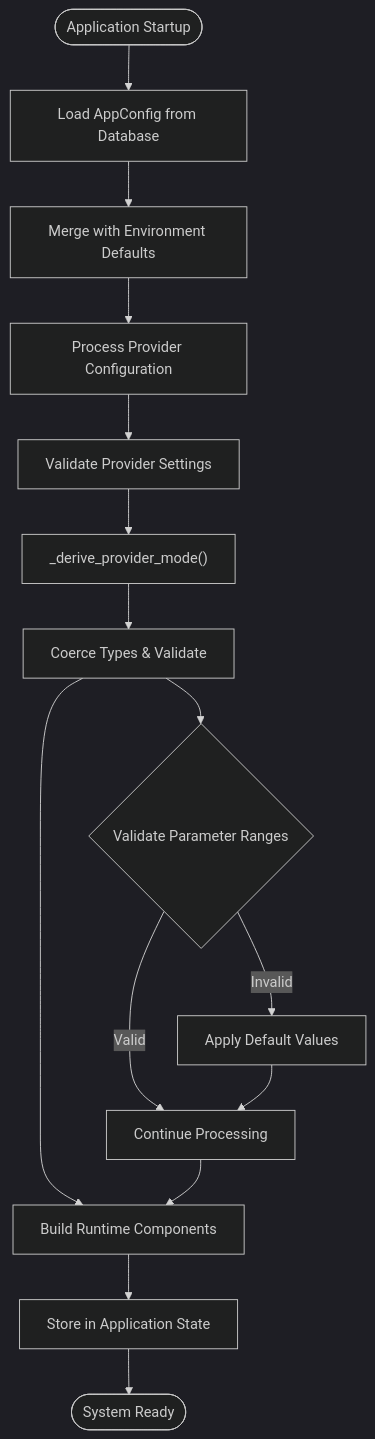
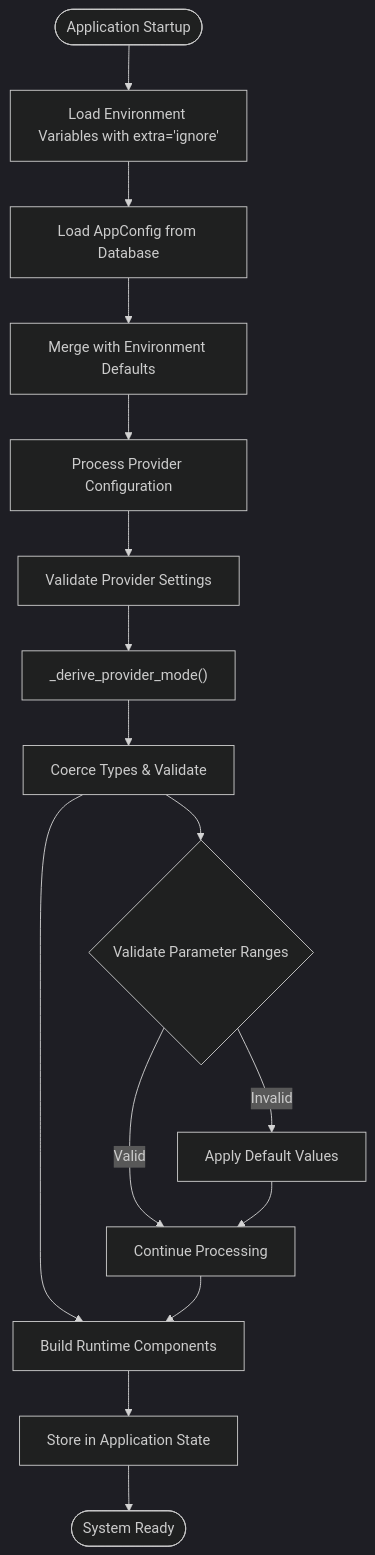
One commit to genes8/private-ai changed the fourth of 15 diagrams in .qoder/repowiki/en/content/Backend Development/Runtime Configuration System/Runtime Configuration System.md. Above: the diagram before and after it, drawn with Mermaid (dark theme). The commit also changed other lines of this file and 19 other files, not shown here.

````diff
--- a/.qoder/repowiki/en/content/Backend Development/Runtime Configuration System/Runtime Configuration System.md
+++ b/.qoder/repowiki/en/content/Backend Development/Runtime Configuration System/Runtime Configuration System.md
@@ -253,17 +270,18 @@
 ```mermaid
 flowchart TD
-Start([Application Startup]) --> LoadDB["Load AppConfig from Database"]
+Start([Application Startup]) --> LoadEnv["Load Environment Variables with extra='ignore'"]
+LoadEnv --> LoadDB["Load AppConfig from Database"]
 LoadDB --> MergeDefaults["Merge with Environment Defaults"]
 MergeDefaults --> ProcessProviders["Process Provider Configuration"]
 ProcessProviders --> ValidateProvider["Validate Provider Settings"]
 ValidateProvider --> DeriveMode["_derive_provider_mode()"]
 DeriveMode --> CoerceTypes["Coerce Types & Validate"]
 CoerceTypes --> BuildComponents["Build Runtime Components"]
 BuildComponents --> StoreState["Store in Application State"]
 StoreState --> Ready([System Ready])
 CoerceTypes --> ValidateRange{"Validate Parameter Ranges"}
 ValidateRange --> |Valid| Continue["Continue Processing"]
 ValidateRange --> |Invalid| DefaultFallback["Apply Default Values"]
 DefaultFallback --> Continue
 Continue --> BuildComponents
 ```
````
